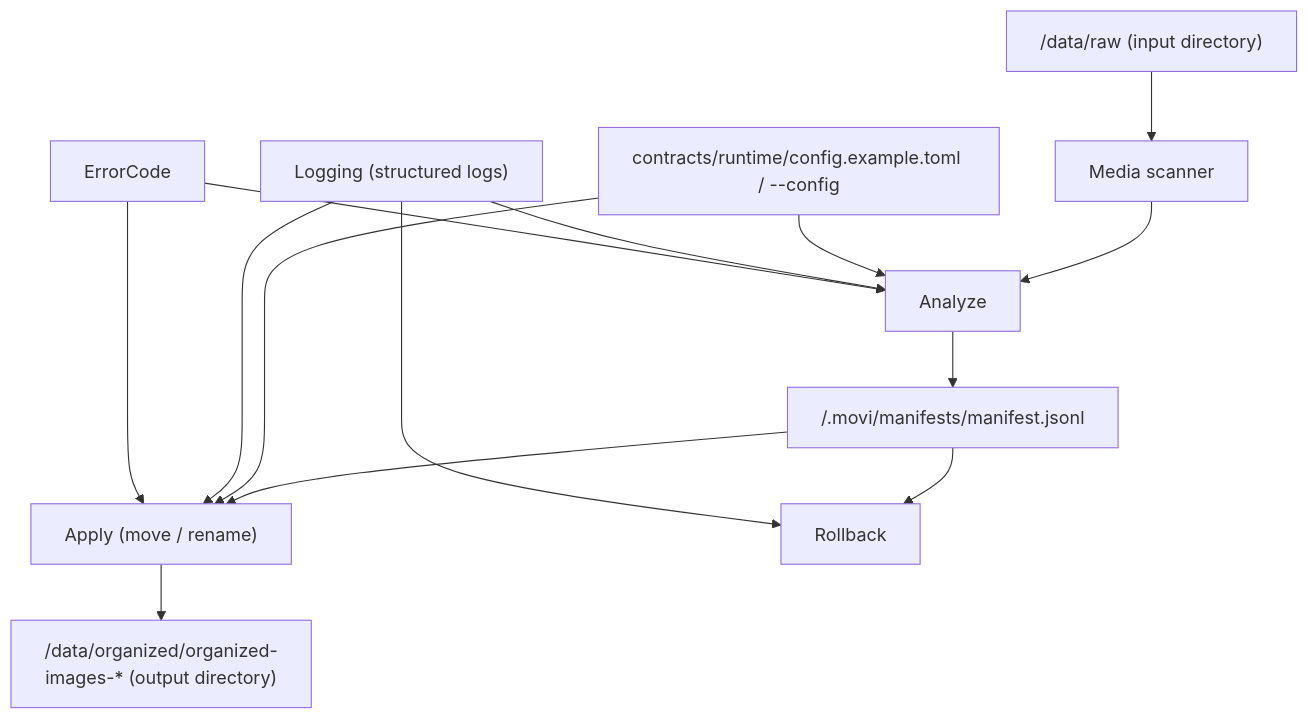
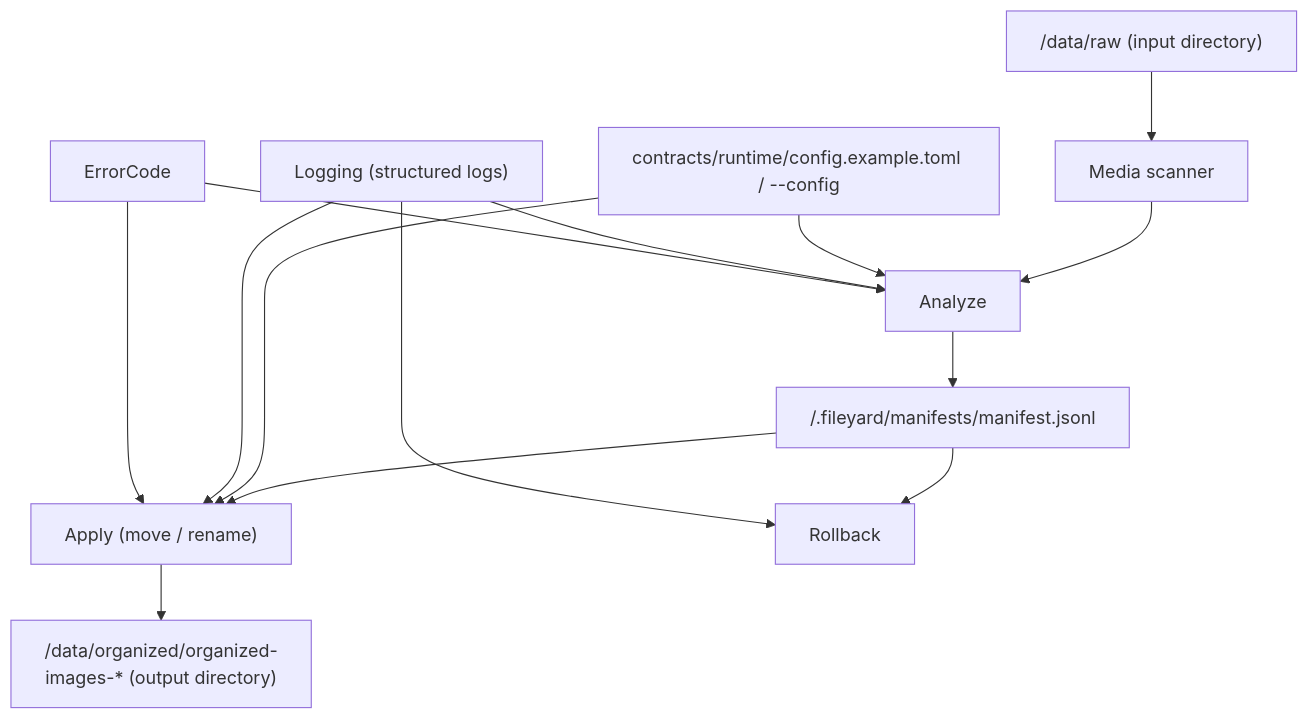
The first of 2 diagrams in docs/architecture.md (xiaojiou176-open/fileorganize), drawn with Mermaid before and after one commit. The commit also changed other lines of this file and 232 other files, not shown here.

````diff
--- a/docs/architecture.md
+++ b/docs/architecture.md
@@ -3,16 +3,16 @@
 ```mermaid
 graph TD
     A["<workspace-root>/data/raw (input directory)"] --> B["Media scanner"]
     B --> C["Analyze"]
-    C --> D["<workspace-root>/.movi/manifests/manifest.jsonl"]
+    C --> D["<workspace-root>/.fileyard/manifests/manifest.jsonl"]
     D --> E["Apply (move / rename)"]
     E --> F["<workspace-root>/data/organized/organized-images-* (output directory)"]
     D --> G["Rollback"]
     H["contracts/runtime/config.example.toml / --config"] --> C
     H --> E
     I["Logging (structured logs)"] --> C
     I --> E
     I --> G
     J["ErrorCode"] --> C
     J --> E
 ```
````
